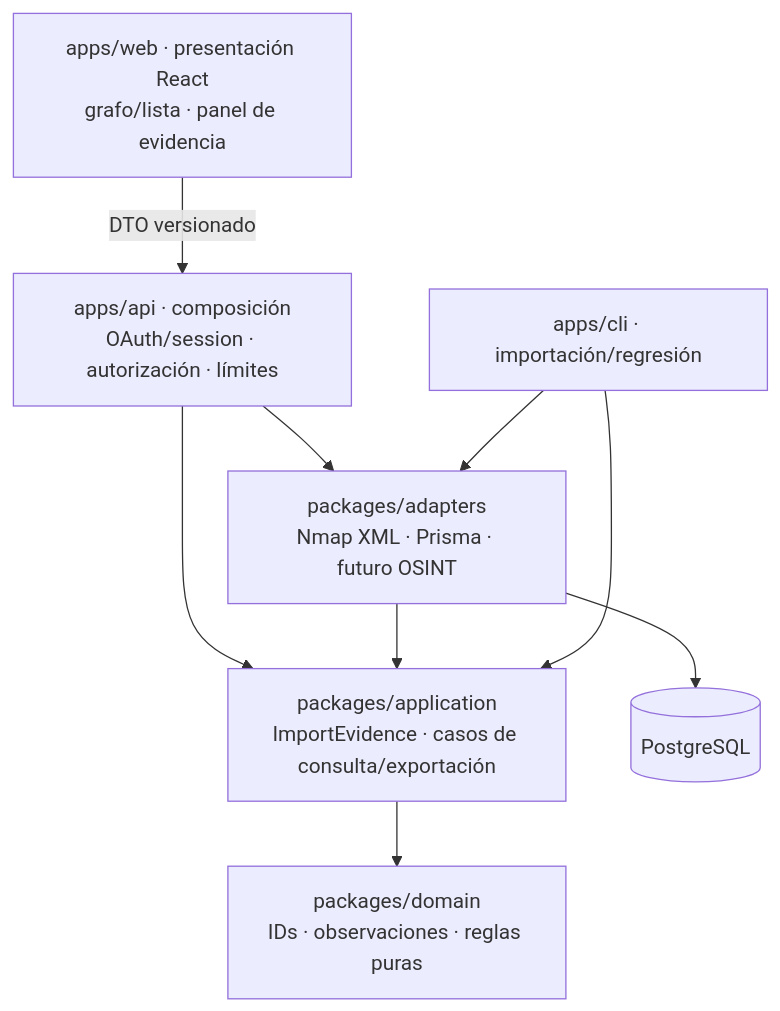
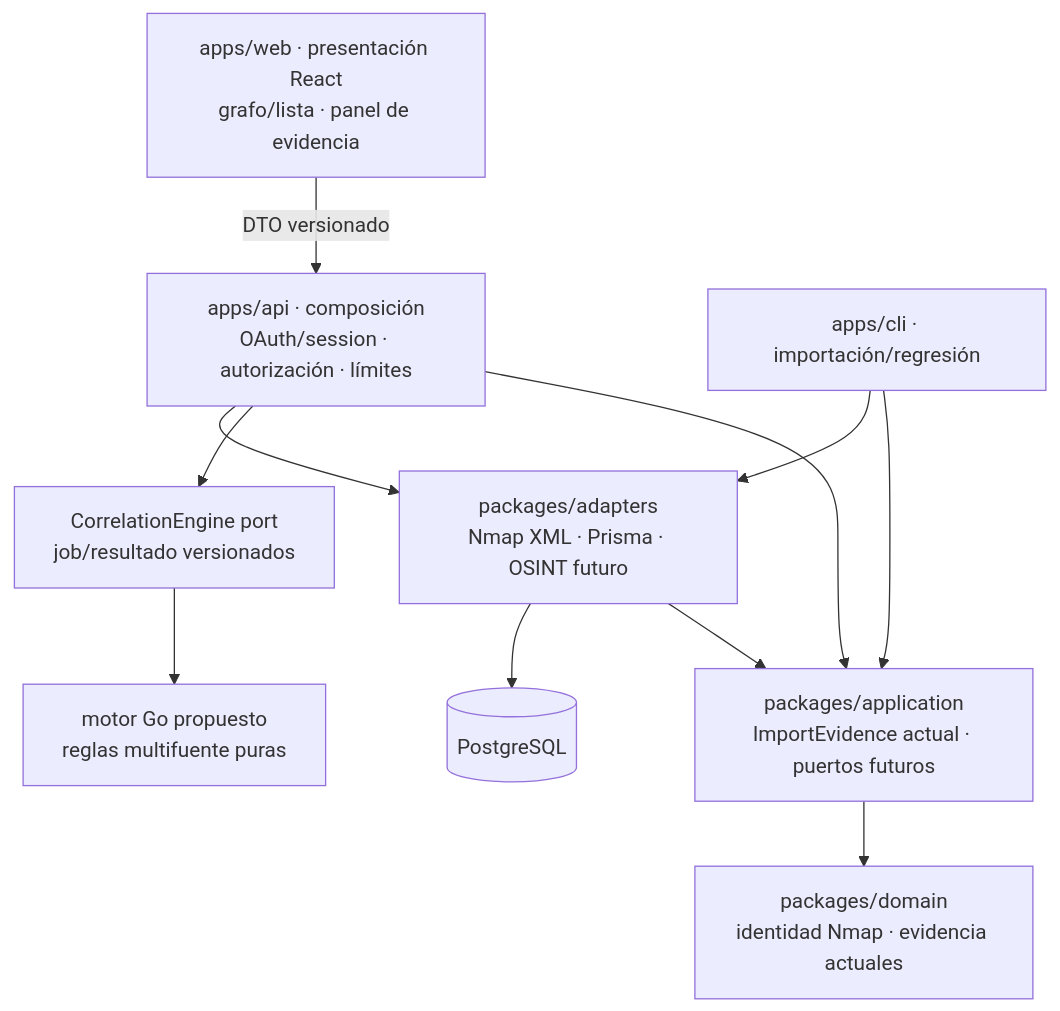
One commit to CyberStill-GmbH/CHEF changed the second of 3 diagrams in docs/architecture/proposed-web.md. Above: the diagram before and after it, drawn with Mermaid. The commit also changed other lines of this file and 26 other files, not shown here.

First line of the commit message:
docs(architecture): define Node-Go boundary and OSINT priorities

````diff
--- a/docs/architecture/proposed-web.md
+++ b/docs/architecture/proposed-web.md
@@ -24,11 +25,13 @@
 ```mermaid
 flowchart TB
   UI["apps/web · presentación React<br/>grafo/lista · panel de evidencia"] -->|DTO versionado| HTTP["apps/api · composición<br/>OAuth/session · autorización · límites"]
-  HTTP --> UC["packages/application<br/>ImportEvidence · casos de consulta/exportación"]
-  UC --> Domain["packages/domain<br/>IDs · observaciones · reglas puras"]
-  HTTP --> Adapters["packages/adapters<br/>Nmap XML · Prisma · futuro OSINT"]
+  HTTP --> UC["packages/application<br/>ImportEvidence actual · puertos futuros"]
+  UC --> Domain["packages/domain<br/>identidad Nmap · evidencia actuales"]
+  HTTP --> EnginePort["CorrelationEngine port<br/>job/resultado versionados"]
+  EnginePort --> Go["motor Go propuesto<br/>reglas multifuente puras"]
+  HTTP --> Adapters["packages/adapters<br/>Nmap XML · Prisma · OSINT futuro"]
   Adapters --> UC
   Adapters --> DB[("PostgreSQL")]
   CLI["apps/cli · importación/regresión"] --> UC
   CLI --> Adapters
 ```
````
